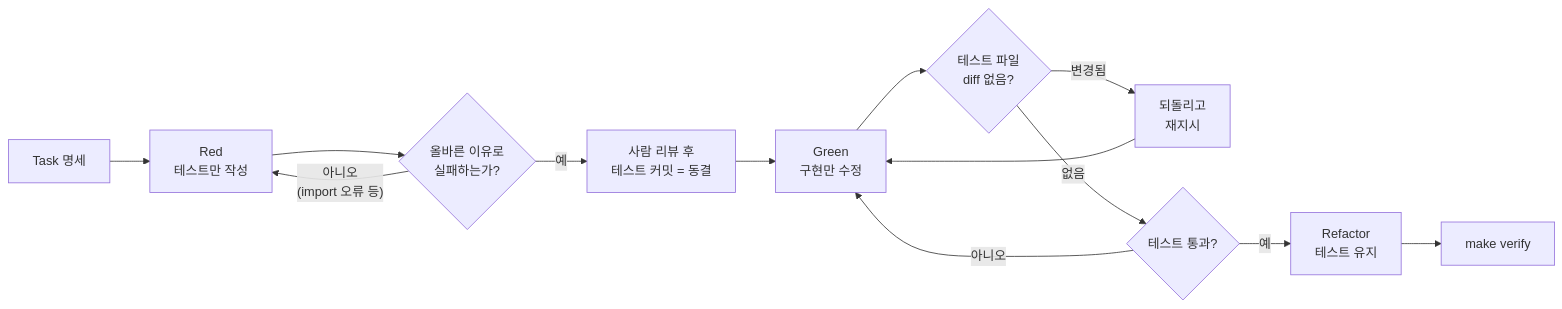
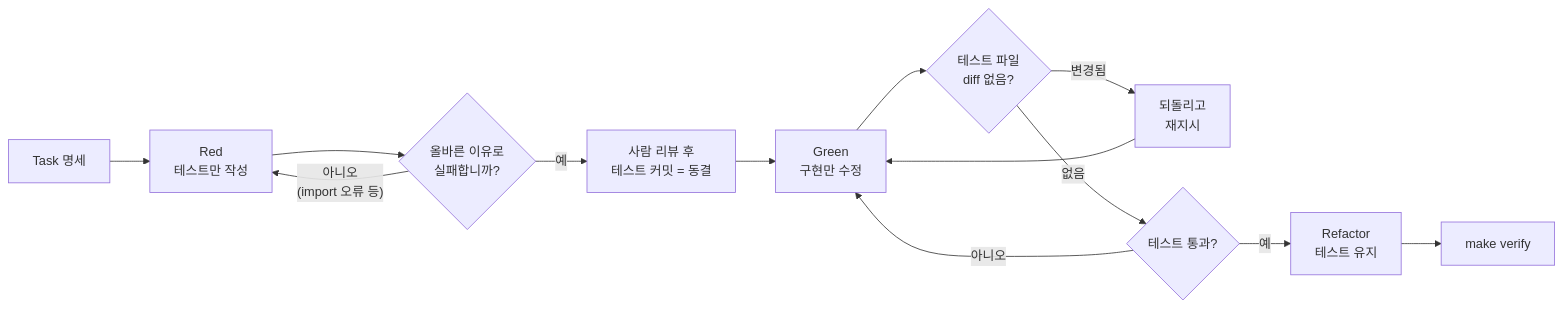
One commit to DataDynamics/ai-development-guide changed the diagram in modules/03-agentic-workflow/03-2-tdd-with-agents.md. Above: the diagram before and after it, drawn with Mermaid. The commit also changed other lines of this file and 64 other files, not shown here.

````diff
--- a/modules/03-agentic-workflow/03-2-tdd-with-agents.md
+++ b/modules/03-agentic-workflow/03-2-tdd-with-agents.md
@@ -49,15 +49,15 @@
 ```mermaid
 flowchart LR
     A[Task 명세] --> R[Red<br/>테스트만 작성]
-    R --> C1{올바른 이유로<br/>실패하는가?}
+    R --> C1{올바른 이유로<br/>실패합니까?}
     C1 -- 아니오<br/>(import 오류 등) --> R
     C1 -- 예 --> F[사람 리뷰 후<br/>테스트 커밋 = 동결]
     F --> G[Green<br/>구현만 수정]
     G --> C2{테스트 파일<br/>diff 없음?}
     C2 -- 변경됨 --> X[되돌리고<br/>재지시]
     X --> G
     C2 -- 없음 --> C3{테스트 통과?}
     C3 -- 아니오 --> G
     C3 -- 예 --> RF[Refactor<br/>테스트 유지]
     RF --> V[make verify]
 ```
````
